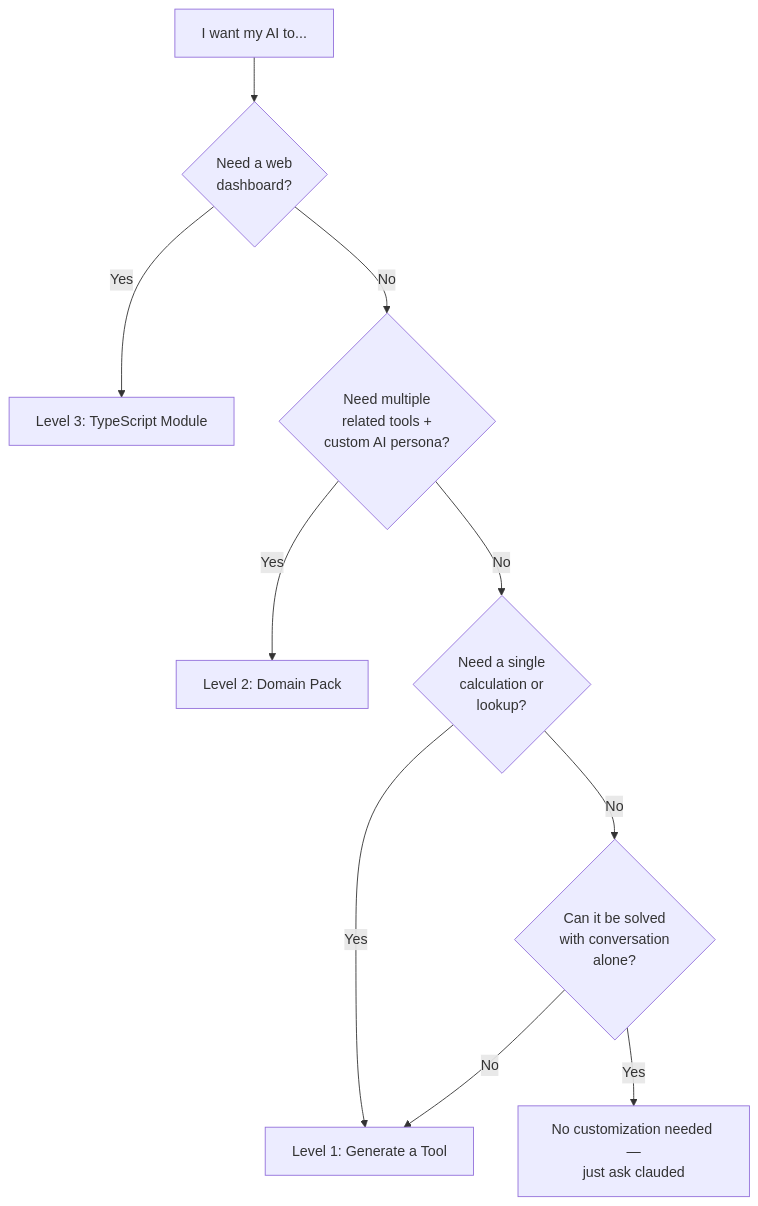
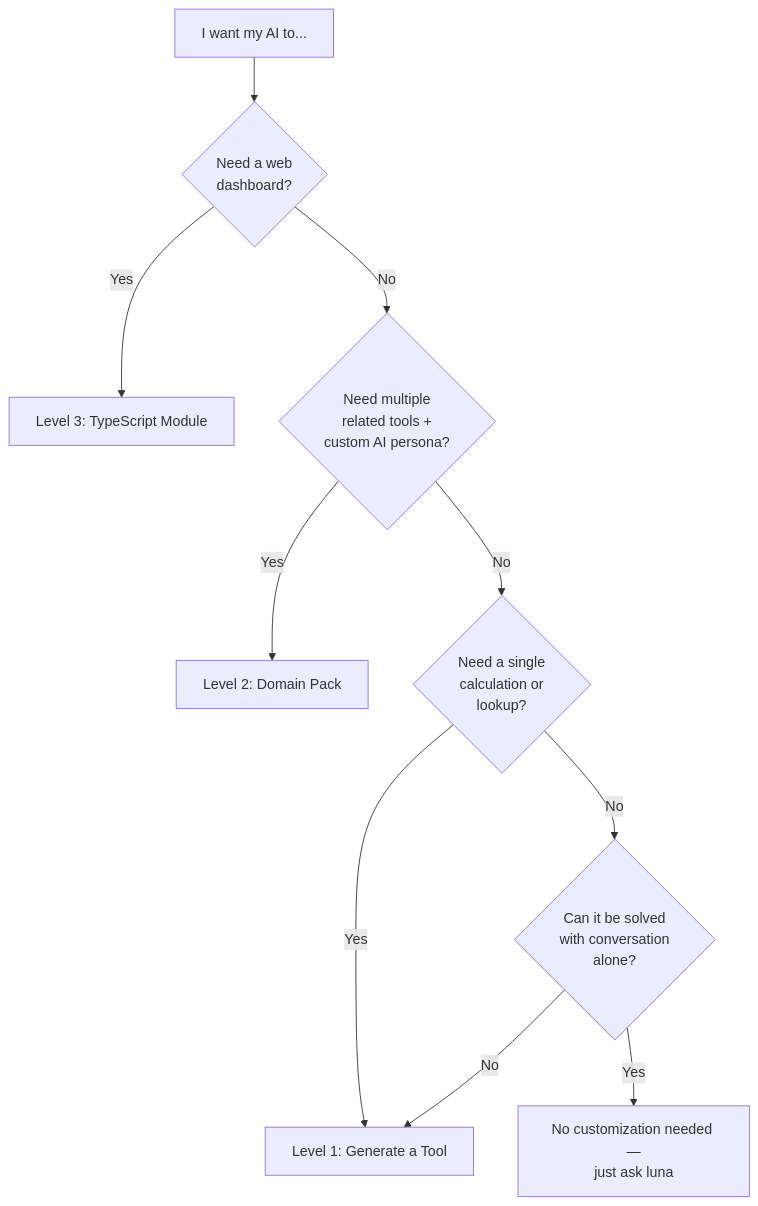
Before and after one commit to ccmanuelf/superprompt: the diagram in docs/customization-guide.md, drawn with Mermaid. The commit also changed other lines of this file and 158 other files, not shown here.

````diff
--- a/docs/customization-guide.md
+++ b/docs/customization-guide.md
@@ -23,12 +23,12 @@
 ```mermaid
 graph TD
     A[I want my AI to...] --> B{Need a web<br/>dashboard?}
     B -->|Yes| C[Level 3: TypeScript Module]
     B -->|No| D{Need multiple<br/>related tools +<br/>custom AI persona?}
     D -->|Yes| E[Level 2: Domain Pack]
     D -->|No| F{Need a single<br/>calculation or<br/>lookup?}
     F -->|Yes| G[Level 1: Generate a Tool]
     F -->|No| H{Can it be solved<br/>with conversation<br/>alone?}
-    H -->|Yes| I[No customization needed —<br/>just ask clauded]
+    H -->|Yes| I[No customization needed —<br/>just ask luna]
     H -->|No| G
 ```
````
